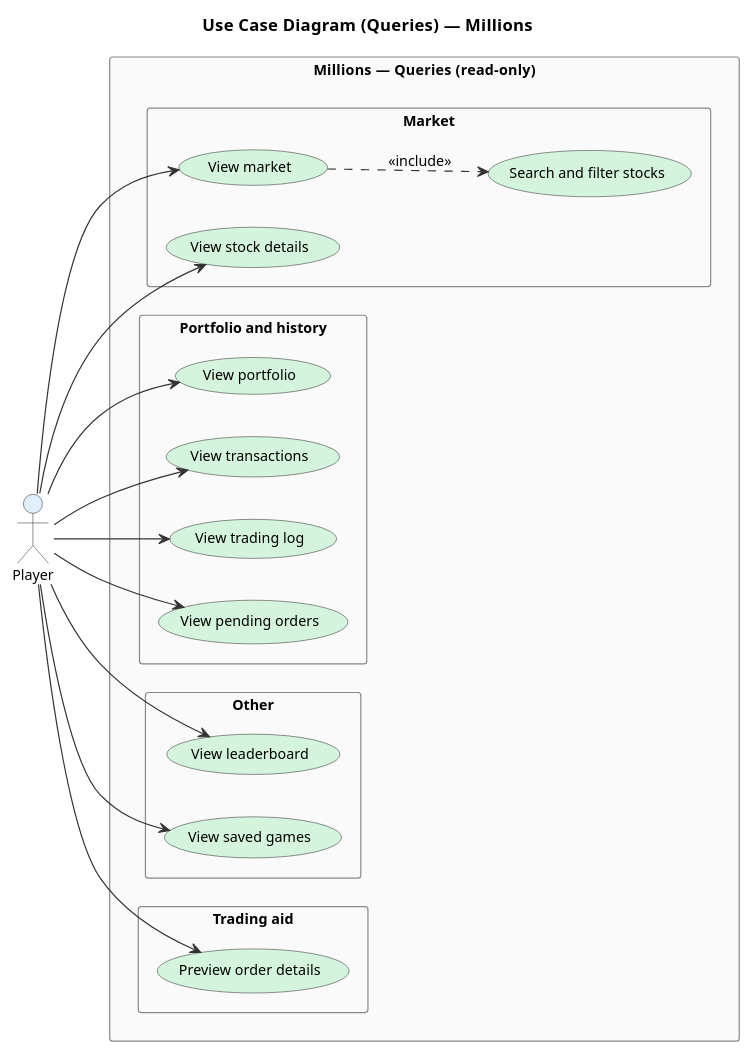
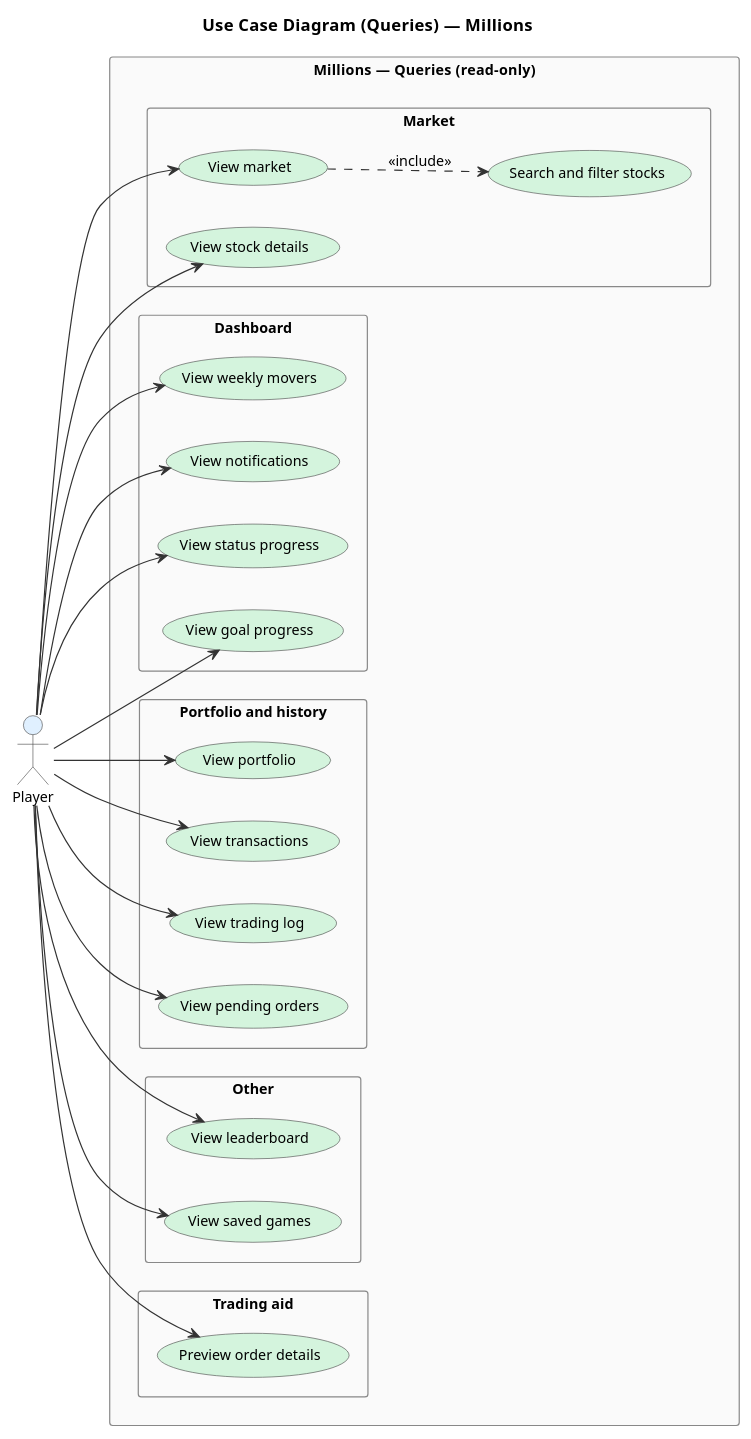
The diagram in diagrams/6b-use-cases-queries.puml (Kvestboe/Millions), drawn with PlantUML before and after one commit. The commit also changed 3 other files, not shown here.

Commit message:
docs(diagrams): sync use case and architecture diagrams with current codebase

```diff
--- a/diagrams/6b-use-cases-queries.puml
+++ b/diagrams/6b-use-cases-queries.puml
@@ -1,62 +1,74 @@
 @startuml use-cases-queries
 title Use Case Diagram (Queries)  —  Millions
 
 left to right direction
 
 skinparam defaultFontSize 12
 skinparam packageStyle rectangle
 skinparam usecase {
   BackgroundColor #D4F4DD
   BorderColor #444444
   ArrowColor #333333
 }
 skinparam actor {
   BackgroundColor #E0F0FF
   BorderColor #444444
 }
 skinparam packageBackgroundColor #FAFAFA
 skinparam packageBorderColor #888888
 
 actor "Player" as player
 
 rectangle "Millions  —  Queries (read-only)" {
 
   package "Market" {
     usecase "View market" as UC_MARKET
     usecase "View stock details" as UC_STOCK
     usecase "Search and filter stocks" as UC_SEARCH
   }
 
+  package "Dashboard" {
+    usecase "View weekly movers" as UC_MOVERS
+    usecase "View notifications" as UC_NOTIF
+    usecase "View status progress" as UC_STATUS
+    usecase "View goal progress" as UC_GOAL
+  }
+
   package "Portfolio and history" {
     usecase "View portfolio" as UC_PORT
     usecase "View transactions" as UC_TX
     usecase "View trading log" as UC_LOG
     usecase "View pending orders" as UC_PEND
   }
 
   package "Other" {
     usecase "View leaderboard" as UC_LB
     usecase "View saved games" as UC_SAVES
   }
 
   package "Trading aid" {
     usecase "Preview order details" as UC_PREVIEW
   }
 }
 
 player --> UC_MARKET
 player --> UC_STOCK
 
+player --> UC_MOVERS
+player --> UC_NOTIF
+player --> UC_STATUS
+player --> UC_GOAL
+
 player --> UC_PORT
 player --> UC_TX
 player --> UC_LOG
 player --> UC_PEND
 
 player --> UC_LB
 player --> UC_SAVES
 
 player --> UC_PREVIEW
 
 UC_MARKET ..> UC_SEARCH : <<include>>
 
 @enduml
```
